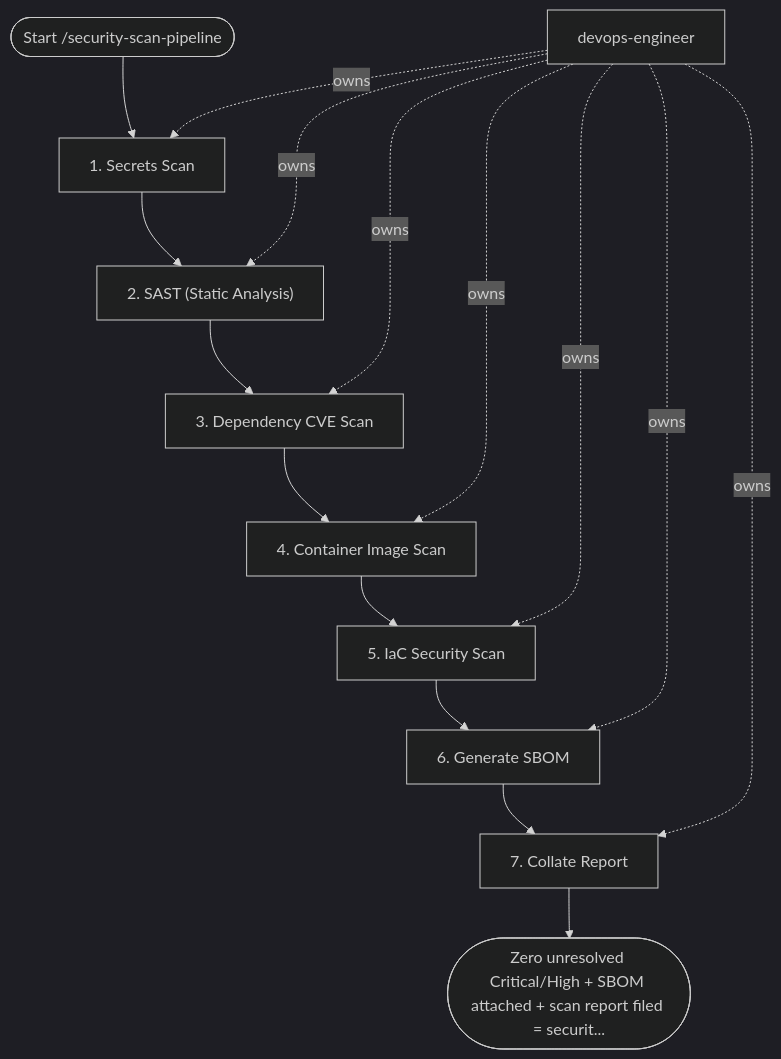
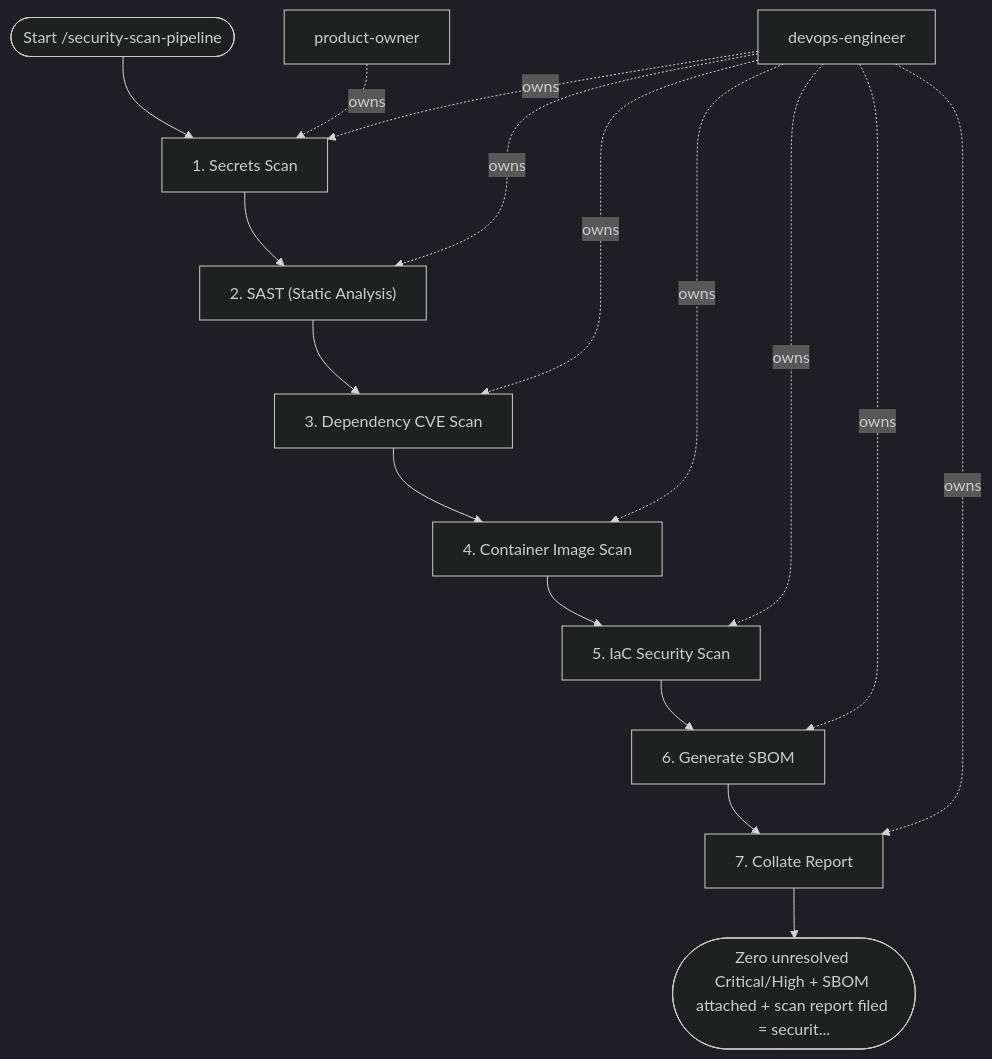
Before and after one commit to sawrus/agent-guides: the diagram in areas/devops/devsecops/workflows/security-scan-pipeline.md, drawn with Mermaid (dark theme). The commit also changed other lines of this file and 76 other files, not shown here.

Commit message:
Standardize workflow product owner initiation

````diff
--- a/areas/devops/devsecops/workflows/security-scan-pipeline.md
+++ b/areas/devops/devsecops/workflows/security-scan-pipeline.md
@@ -157,28 +157,30 @@
 ```mermaid
 flowchart TD
   start(["Start /security-scan-pipeline"])
-  role_1["devops-engineer"]
+  role_1["product-owner"]
+  role_2["devops-engineer"]
   step_1["1. Secrets Scan"]
   step_2["2. SAST (Static Analysis)"]
   step_3["3. Dependency CVE Scan"]
   step_4["4. Container Image Scan"]
   step_5["5. IaC Security Scan"]
   step_6["6. Generate SBOM"]
   step_7["7. Collate Report"]
   exit(["Zero unresolved Critical/High + SBOM attached + scan report filed = securit..."])
   start --> step_1
   step_1 --> step_2
   step_2 --> step_3
   step_3 --> step_4
   step_4 --> step_5
   step_5 --> step_6
   step_6 --> step_7
   step_7 --> exit
   role_1 -. owns .-> step_1
-  role_1 -. owns .-> step_2
-  role_1 -. owns .-> step_3
-  role_1 -. owns .-> step_4
-  role_1 -. owns .-> step_5
-  role_1 -. owns .-> step_6
-  role_1 -. owns .-> step_7
+  role_2 -. owns .-> step_1
+  role_2 -. owns .-> step_2
+  role_2 -. owns .-> step_3
+  role_2 -. owns .-> step_4
+  role_2 -. owns .-> step_5
+  role_2 -. owns .-> step_6
+  role_2 -. owns .-> step_7
 ```
````
